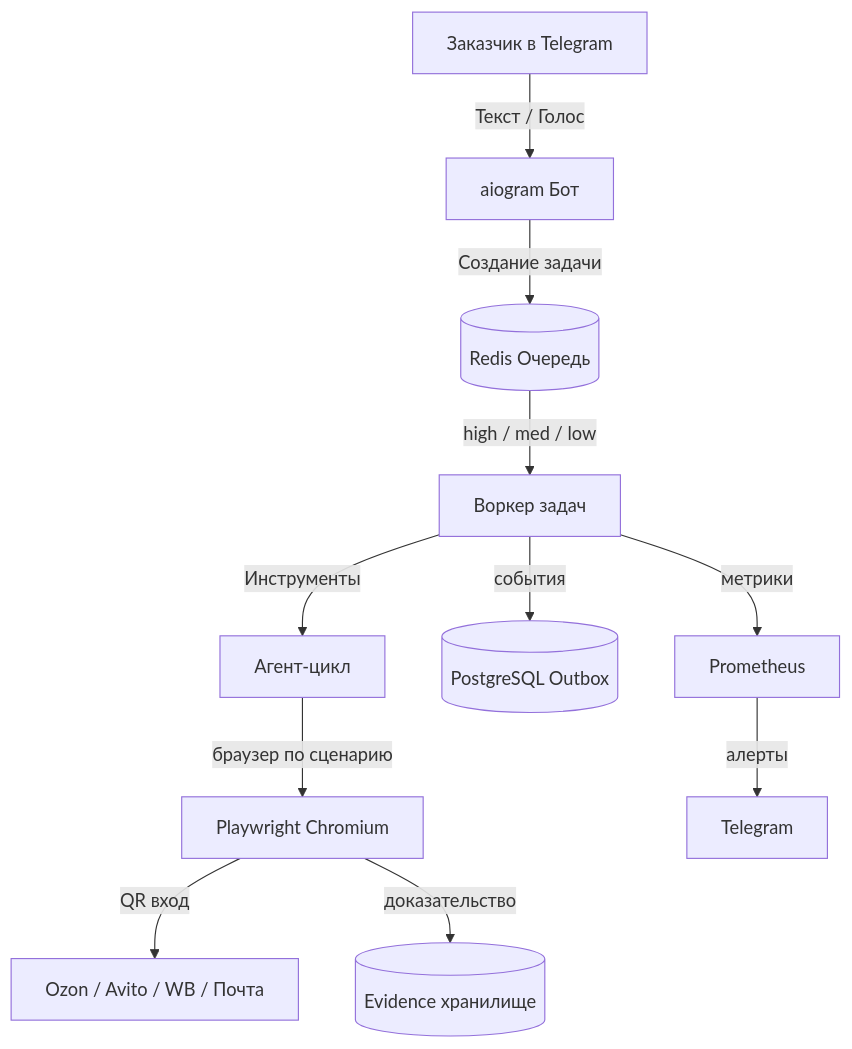
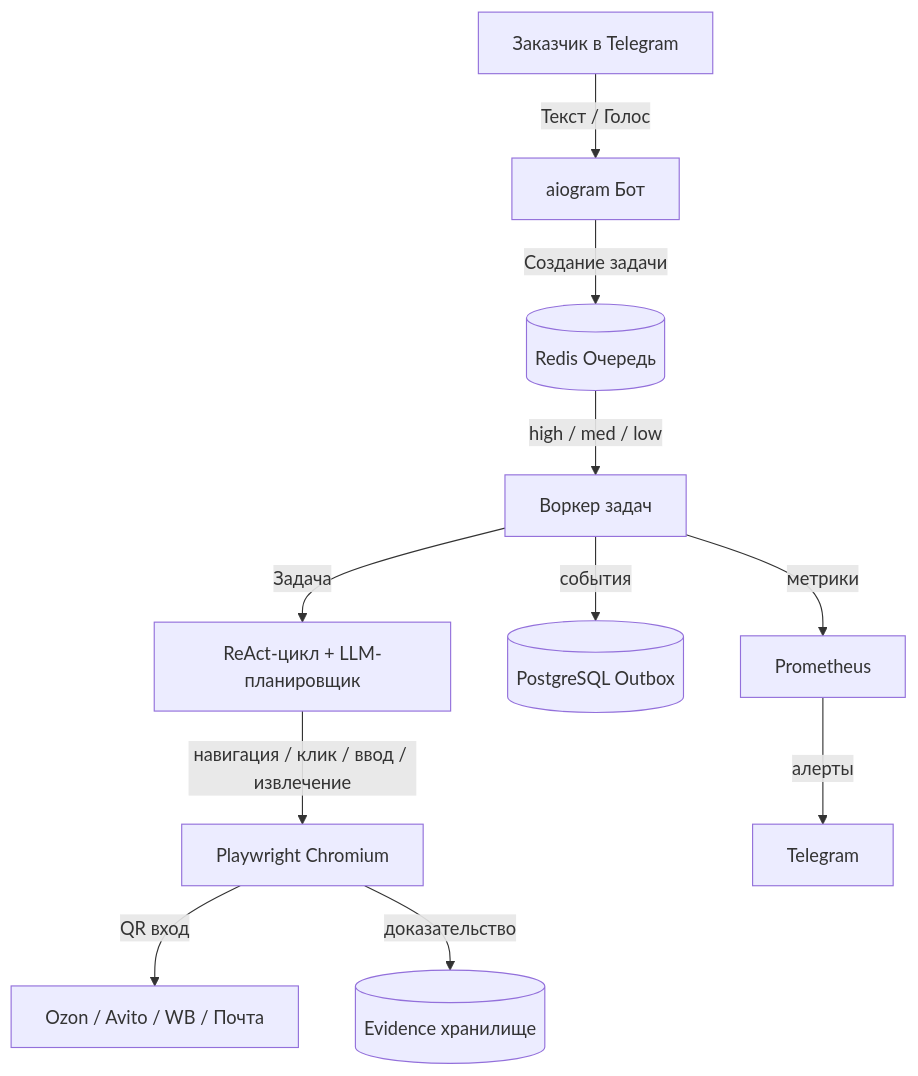
The diagram in README.md (ninelegsdog/mvp-browser-agent), drawn with Mermaid before and after one commit. The commit also changed other lines of this file and 52 other files, not shown here.

````diff
--- a/README.md
+++ b/README.md
@@ -61,13 +62,13 @@
 ```mermaid
 graph TD
     Client[Заказчик в Telegram] -->|Текст / Голос| Bot[aiogram Бот]
     Bot -->|Создание задачи| Queue[(Redis Очередь)]
     Queue -->|high / med / low| Worker[Воркер задач]
-    Worker -->|Инструменты| Agent[Агент-цикл]
-    Agent -->|браузер по сценарию| Browser[Playwright Chromium]
+    Worker -->|Задача| Agent[ReAct-цикл + LLM-планировщик]
+    Agent -->|навигация / клик / ввод / извлечение| Browser[Playwright Chromium]
     Browser -->|QR вход| Sites[Ozon / Avito / WB / Почта]
     Browser -->|доказательство| Evidence[(Evidence хранилище)]
     Worker -->|события| Outbox[(PostgreSQL Outbox)]
     Worker -->|метрики| Metrics[Prometheus]
     Metrics -->|алерты| Alerts[Telegram]
 ```
````
